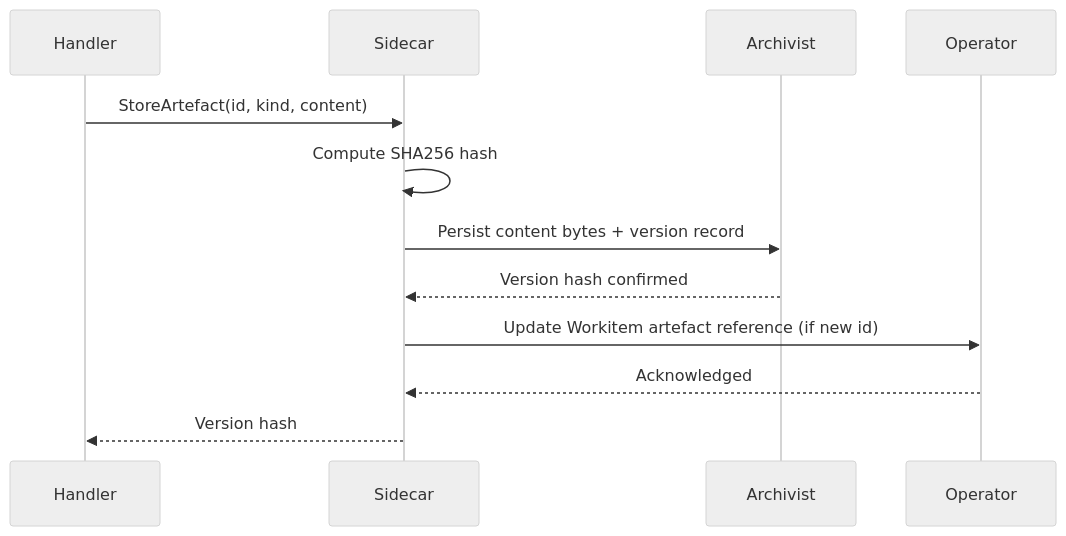
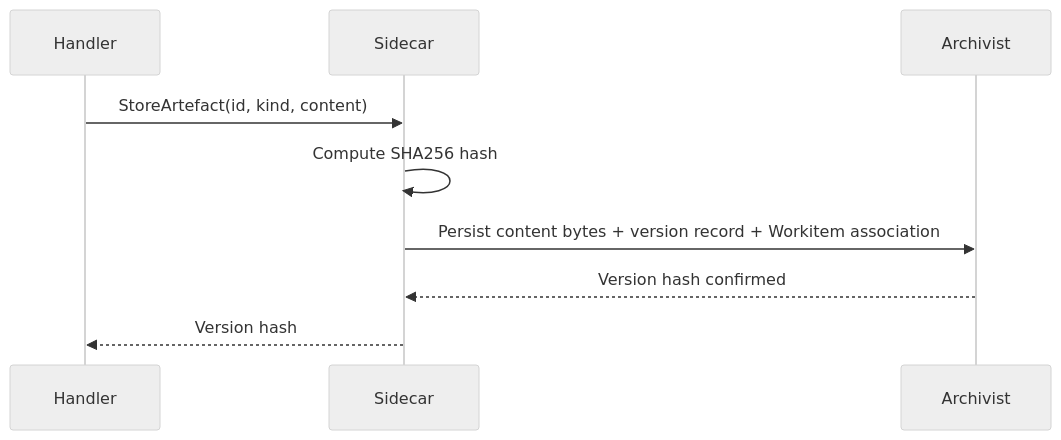
One commit to really-knows-ai/gideas changed the diagram in 04-sdk/02-sdk-artefacts.md. Above: the diagram before and after it, drawn with Mermaid (neutral theme). The commit also changed other lines of this file and 12 other files, not shown here.

First line of the commit message:
Refactor Workitem and Archivist interactions for improved artefact management

````diff
--- a/04-sdk/02-sdk-artefacts.md
+++ b/04-sdk/02-sdk-artefacts.md
@@ -56,15 +56,12 @@
 ```mermaid
 sequenceDiagram
     participant HD as Handler
     participant SC as Sidecar
     participant AR as Archivist
-    participant OP as Operator
 
     HD->>SC: StoreArtefact(id, kind, content)
     SC->>SC: Compute SHA256 hash
-    SC->>AR: Persist content bytes + version record
+    SC->>AR: Persist content bytes + version record + Workitem association
     AR-->>SC: Version hash confirmed
-    SC->>OP: Update Workitem artefact reference (if new id)
-    OP-->>SC: Acknowledged
     SC-->>HD: Version hash
 ```
````
